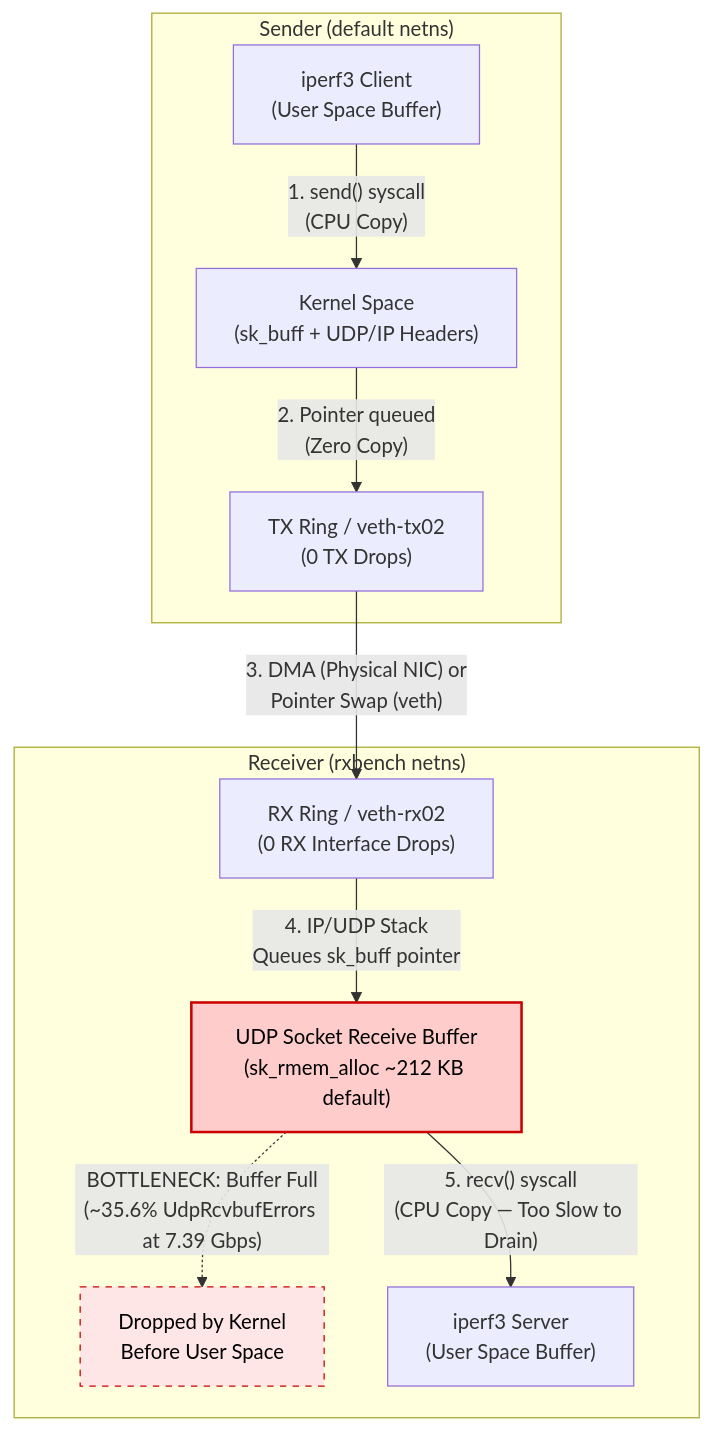
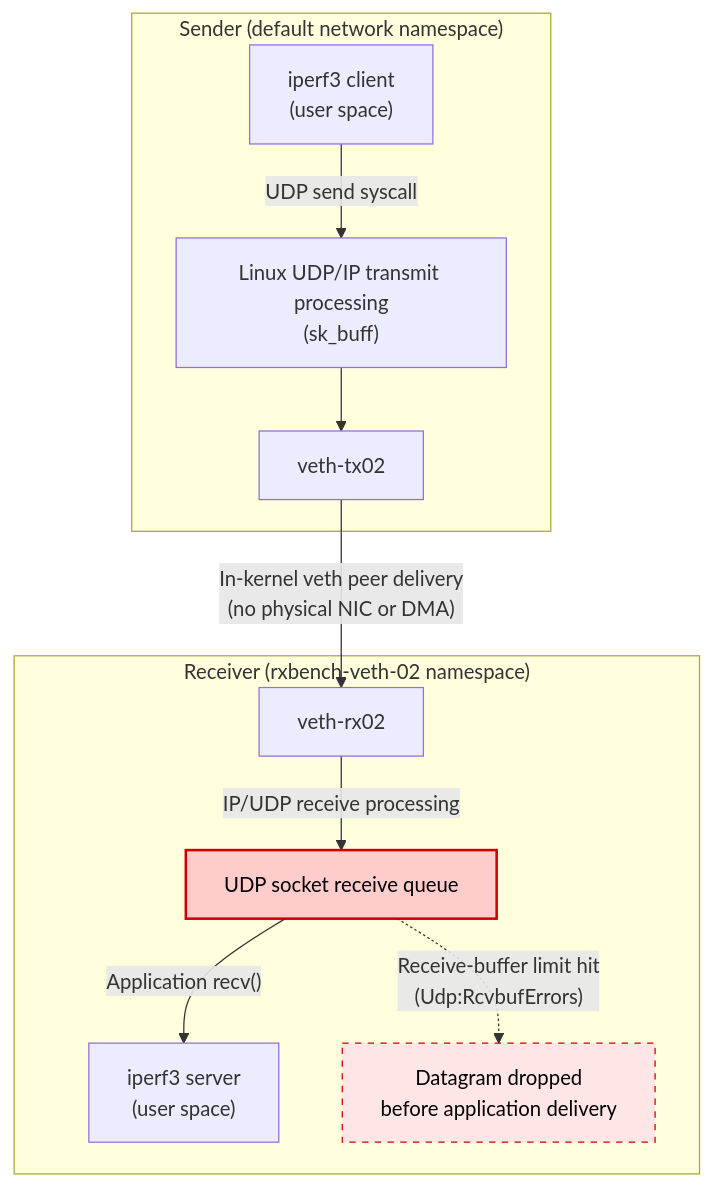
One commit to vjhawar12/linux-network-performance changed the diagram in 01_baseline/README.md. Above: the diagram before and after it, drawn with Mermaid. The commit also changed other lines of this file, not shown here.

Commit message:
Document RX UDP receive-buffer exhaustion evidence in Stage 1 README

````diff
--- a/01_baseline/README.md
+++ b/01_baseline/README.md
@@ -18,18 +15,18 @@
 ```mermaid
 flowchart TD
-    subgraph TX["Sender (default netns)"]
-        A["iperf3 Client<br/>(User Space Buffer)"] -->|"1. send() syscall<br/>(CPU Copy)"| B["Kernel Space<br/>(sk_buff + UDP/IP Headers)"]
-        B -->|"2. Pointer queued<br/>(Zero Copy)"| C["TX Ring / veth-tx02<br/>(0 TX Drops)"]
+    subgraph TX["Sender (default network namespace)"]
+        A["iperf3 client<br/>(user space)"] -->|"UDP send syscall"| B["Linux UDP/IP transmit processing<br/>(sk_buff)"]
+        B --> C["veth-tx02"]
     end
 
-    C -->|"3. DMA (Physical NIC) or<br/>Pointer Swap (veth)"| D["RX Ring / veth-rx02<br/>(0 RX Interface Drops)"]
+    C -->|"In-kernel veth peer delivery<br/>(no physical NIC or DMA)"| D["veth-rx02"]
 
-    subgraph RX["Receiver (rxbench netns)"]
-        D -->|"4. IP/UDP Stack<br/>Queues sk_buff pointer"| E["UDP Socket Receive Buffer<br/>(sk_rmem_alloc ~212 KB default)"]
-        E -.->|"BOTTLENECK: Buffer Full<br/>(~35.6% UdpRcvbufErrors at 7.39 Gbps)"| F["Dropped by Kernel<br/>Before User Space"]
-        E -->|"5. recv() syscall<br/>(CPU Copy — Too Slow to Drain)"| G["iperf3 Server<br/>(User Space Buffer)"]
+    subgraph RX["Receiver (rxbench-veth-02 namespace)"]
+        D -->|"IP/UDP receive processing"| E["UDP socket receive queue"]
+        E -->|"Application recv()"| G["iperf3 server<br/>(user space)"]
+        E -.->|"Receive-buffer limit hit<br/>(Udp:RcvbufErrors)"| F["Datagram dropped<br/>before application delivery"]
     end
 
     style E fill:#ffcccc,stroke:#cc0000,stroke-width:2px,color:#000
-    style F fill:#ffe6e6,stroke:#cc0000,stroke-dasharray: 5 5,color:#000
+    style F fill:#ffe6e6,stroke:#cc0000,stroke-dasharray:5 5,color:#000
 ```
````
